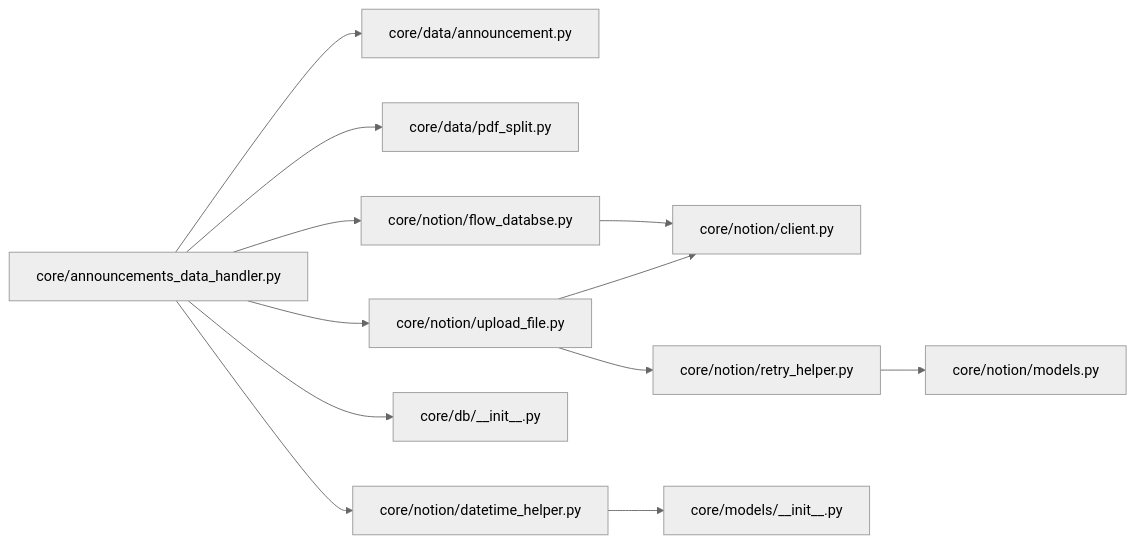
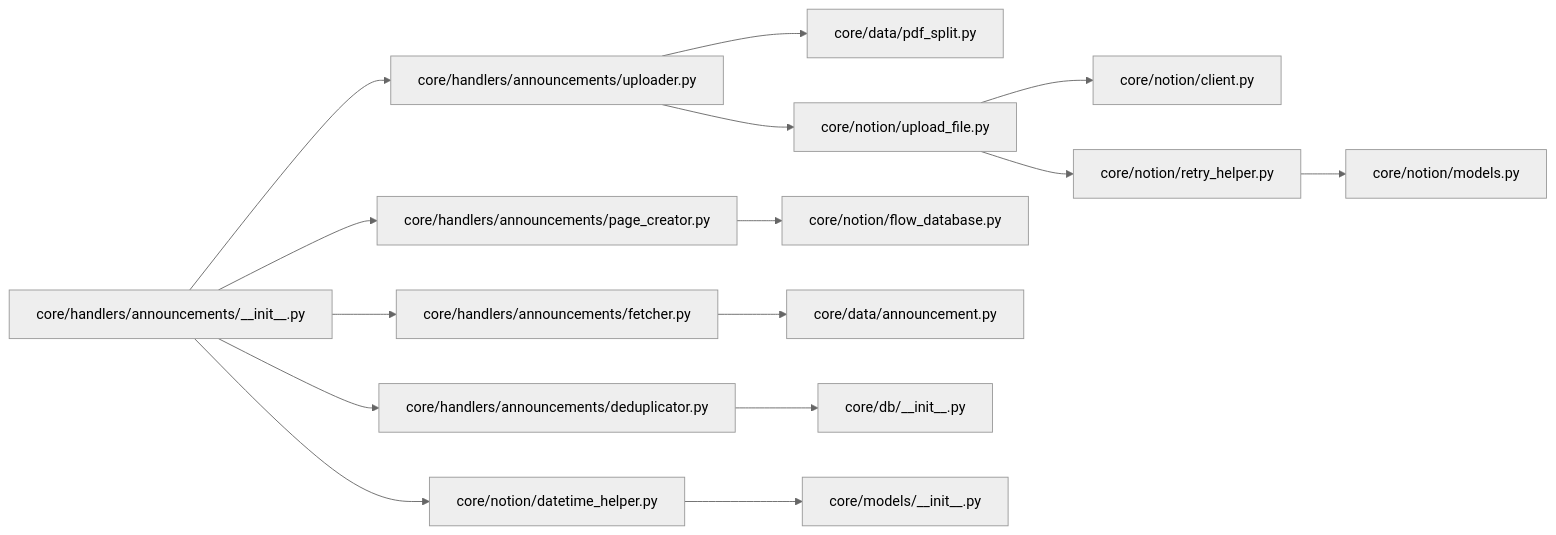
Before and after one commit to iverwong/DataLife: the fifth of 5 diagrams in .qoder/repowiki/zh/content/核心模块详解/Notion集成模块/Notion集成模块.md, drawn with Mermaid (neutral theme). The commit also changed other lines of this file and 14 other files, not shown here.

````diff
--- a/.qoder/repowiki/zh/content/核心模块详解/Notion集成模块/Notion集成模块.md
+++ b/.qoder/repowiki/zh/content/核心模块详解/Notion集成模块/Notion集成模块.md
@@ -339,14 +423,17 @@
 ```mermaid
 graph LR
-A["core/announcements_data_handler.py"] --> B["core/data/announcement.py"]
-A --> C["core/data/pdf_split.py"]
-A --> D["core/notion/upload_file.py"]
-A --> E["core/notion/flow_databse.py"]
-D --> F["core/notion/client.py"]
-D --> G["core/notion/retry_helper.py"]
-E --> F
-A --> H["core/db/__init__.py"]
-I["core/notion/datetime_helper.py"] --> J["core/models/__init__.py"]
-A --> I
-G --> K["core/notion/models.py"]
+A["core/handlers/announcements/__init__.py"] --> B["core/handlers/announcements/fetcher.py"]
+A --> C["core/handlers/announcements/deduplicator.py"]
+A --> D["core/handlers/announcements/uploader.py"]
+A --> E["core/handlers/announcements/page_creator.py"]
+D --> F["core/data/pdf_split.py"]
+D --> G["core/notion/upload_file.py"]
+G --> H["core/notion/client.py"]
+G --> I["core/notion/retry_helper.py"]
+E --> J["core/notion/flow_database.py"]
+B --> K["core/data/announcement.py"]
+C --> L["core/db/__init__.py"]
+M["core/notion/datetime_helper.py"] --> N["core/models/__init__.py"]
+A --> M
+I --> O["core/notion/models.py"]
 ```
````
